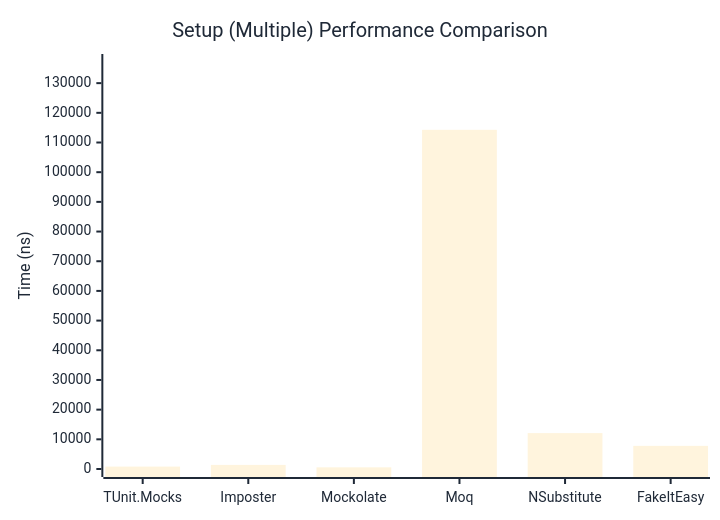
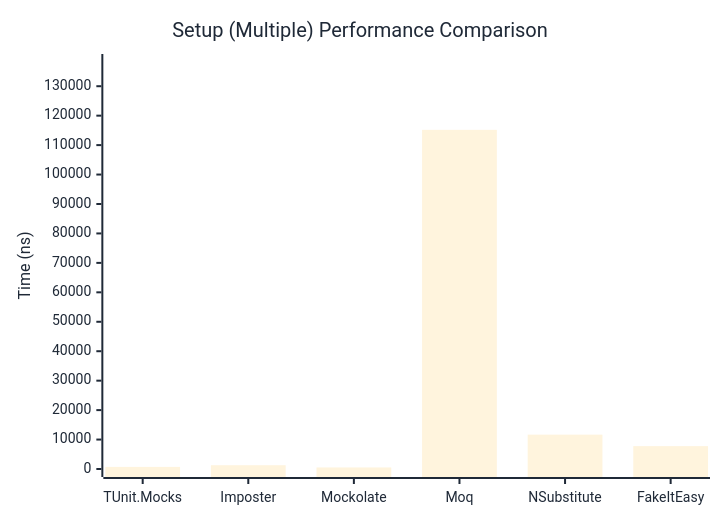
One commit to thomhurst/TUnit changed the second of 2 diagrams in docs/docs/benchmarks/mocks/Setup.md. Above: the diagram before and after it, drawn with Mermaid. The commit also changed other lines of this file and 14 other files, not shown here.

````diff
--- a/docs/docs/benchmarks/mocks/Setup.md
+++ b/docs/docs/benchmarks/mocks/Setup.md
@@ -69,27 +69,27 @@
 ```mermaid
 %%{init: {
   'theme':'base',
   'themeVariables': {
     'primaryColor': '#2563eb',
     'primaryTextColor': '#1f2937',
     'primaryBorderColor': '#1e40af',
     'lineColor': '#6b7280',
     'secondaryColor': '#7c3aed',
     'tertiaryColor': '#dc2626',
     'background': '#ffffff',
     'pie1': '#2563eb',
     'pie2': '#7c3aed',
     'pie3': '#dc2626',
     'pie4': '#f59e0b',
     'pie5': '#10b981',
     'pie6': '#06b6d4',
     'pie7': '#ec4899',
     'pie8': '#6366f1'
   }
 }}%%
 xychart-beta
   title "Setup (Multiple) Performance Comparison"
   x-axis ["TUnit.Mocks", "Imposter", "Mockolate", "Moq", "NSubstitute", "FakeItEasy"]
-  y-axis "Time (ns)" 0 --> 137123
-  bar [808.3, 1376.7, 557.6, 114269, 12098.6, 7797.7]
+  y-axis "Time (ns)" 0 --> 138223
+  bar [711.4, 1281, 523.9, 115185.2, 11665.5, 7767.9]
 ```
````
